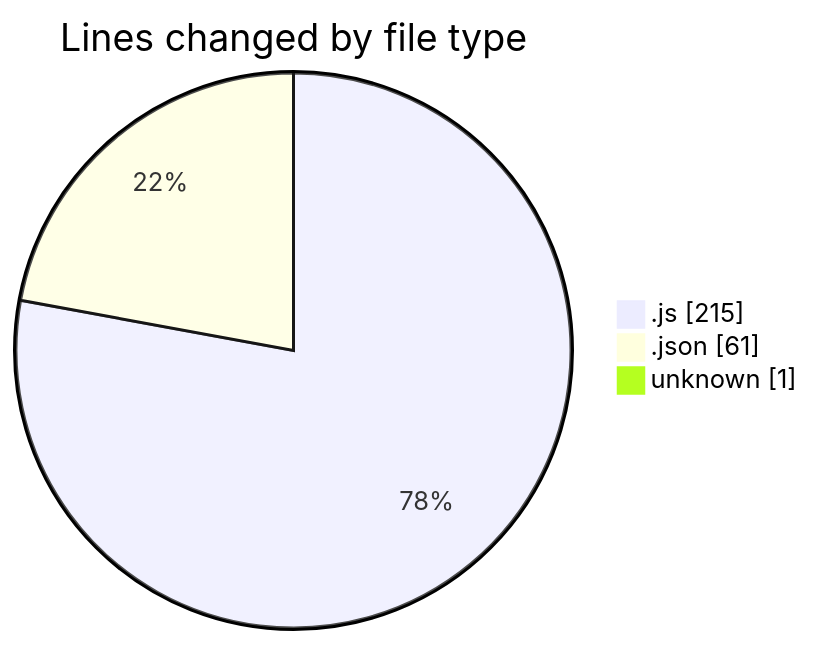
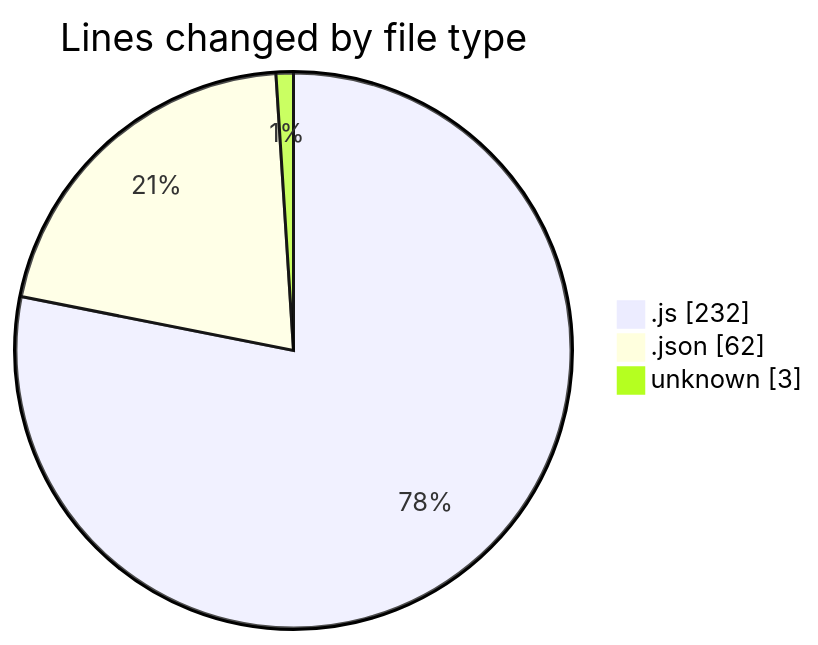
One commit to Ritupan-Deka/code-tracking changed the first of 2 diagrams in 2025-07-02/mern-thinkboard/README.md. Above: the diagram before and after it, drawn with Mermaid. The commit also changed other lines of this file and 1 other file, not shown here.

````diff
--- a/2025-07-02/mern-thinkboard/README.md
+++ b/2025-07-02/mern-thinkboard/README.md
@@ -27,7 +27,7 @@
 ```mermaid
 pie showData
 title Lines changed by file type
-".js" : 215
-".json" : 61
-"unknown" : 1
+".js" : 232
+".json" : 62
+"unknown" : 3
 ```
````
